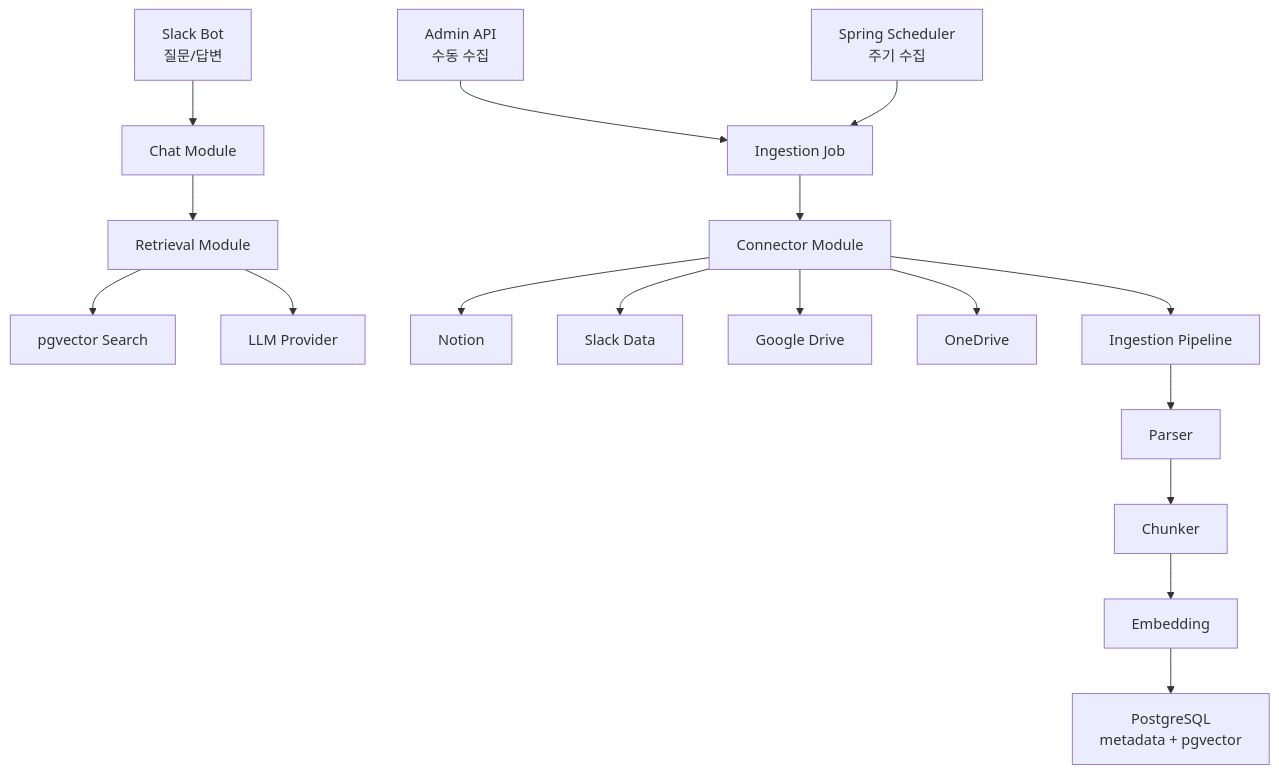
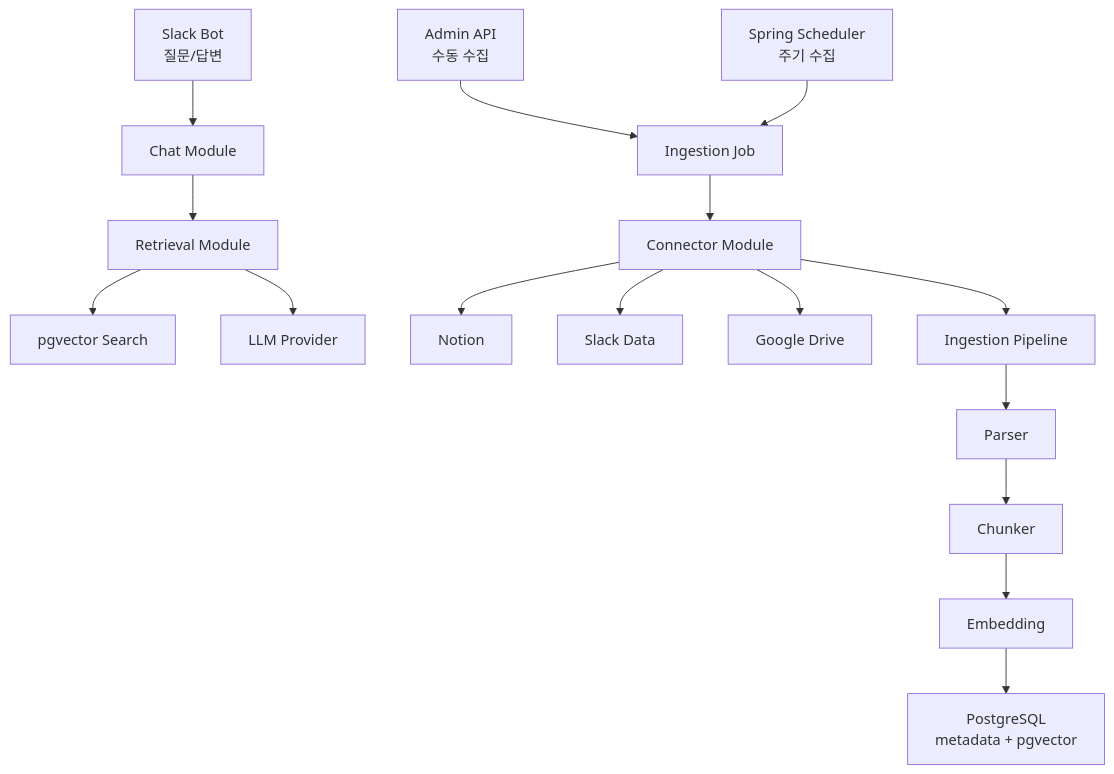
Before and after one commit to greatbooms/my-data-slack-chat: the first of 4 diagrams in docs/superpowers/specs/2026-06-17-my-data-rag-chatbot-design.md, drawn with Mermaid. The commit also changed other lines of this file, not shown here.

Commit message:
Remove OneDrive from design scope

````diff
--- a/docs/superpowers/specs/2026-06-17-my-data-rag-chatbot-design.md
+++ b/docs/superpowers/specs/2026-06-17-my-data-rag-chatbot-design.md
@@ -44,22 +44,20 @@
 ```mermaid
 flowchart TD
     SlackChat["Slack Bot<br/>질문/답변"] --> Chat["Chat Module"]
     Chat --> Retrieval["Retrieval Module"]
     Retrieval --> VectorSearch["pgvector Search"]
     Retrieval --> LLM["LLM Provider"]
 
     Admin["Admin API<br/>수동 수집"] --> IngestionJob["Ingestion Job"]
     Scheduler["Spring Scheduler<br/>주기 수집"] --> IngestionJob
 
     IngestionJob --> Connectors["Connector Module"]
     Connectors --> Notion["Notion"]
     Connectors --> SlackData["Slack Data"]
     Connectors --> GDrive["Google Drive"]
-    Connectors --> OneDrive["OneDrive"]
-
     Connectors --> Pipeline["Ingestion Pipeline"]
     Pipeline --> Parser["Parser"]
     Parser --> Chunker["Chunker"]
     Chunker --> Embedding["Embedding"]
     Embedding --> Postgres["PostgreSQL<br/>metadata + pgvector"]
 ```
````
